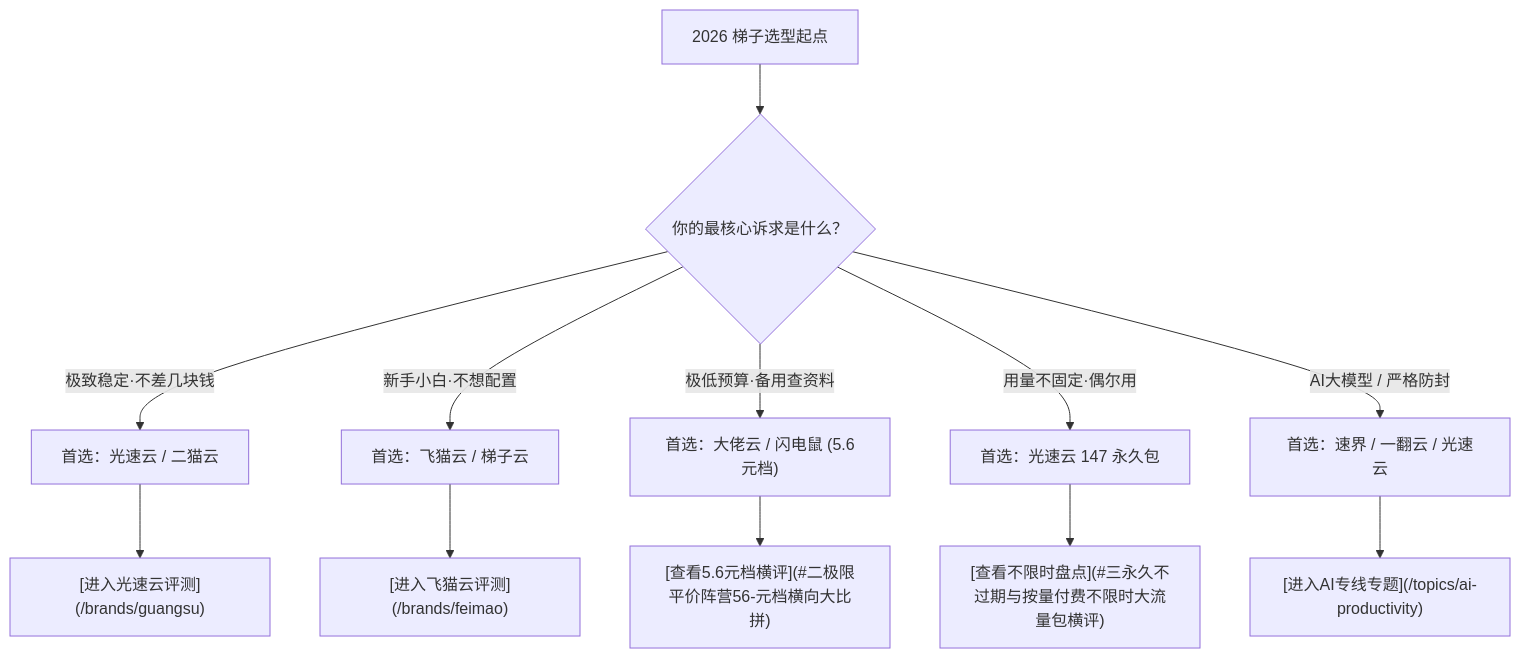
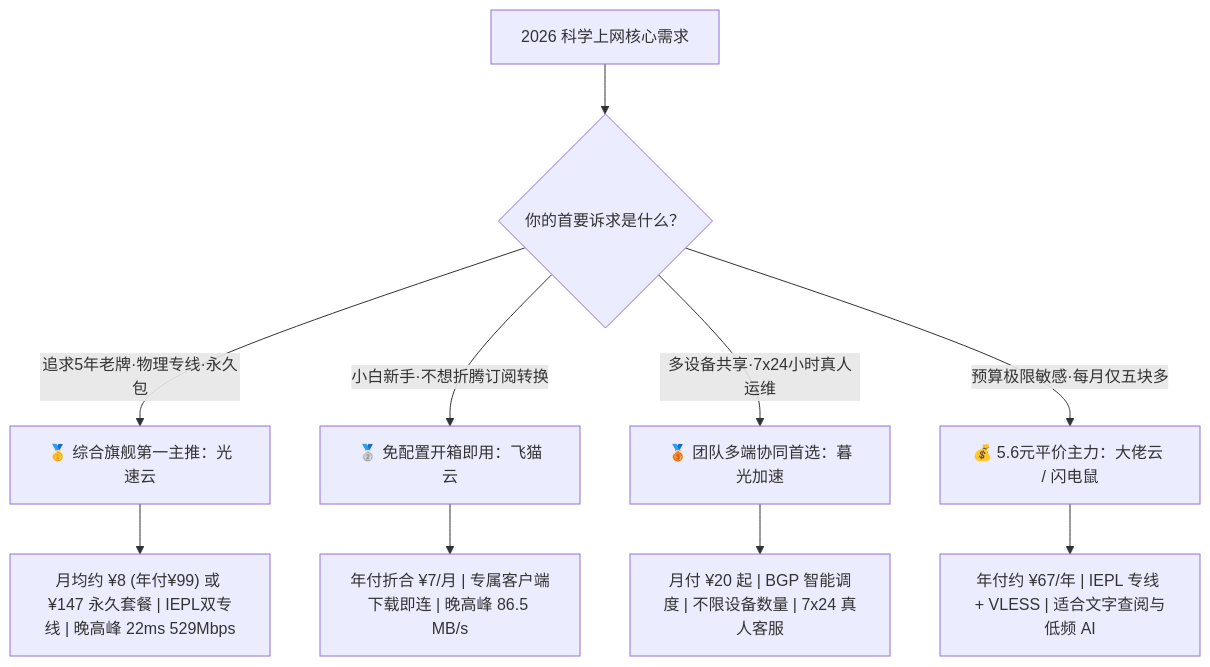
Before and after one commit to zlzlzl98698-dev/peiqianblog.world: the first of 3 diagrams in src/topics/ranking-guide.md, drawn with Mermaid. The commit also changed other lines of this file, not shown here.

````diff
--- a/src/topics/ranking-guide.md
+++ b/src/topics/ranking-guide.md
@@ -94,16 +41,14 @@
 ```mermaid
 flowchart TD
-    Start["2026 梯子选型起点"] --> Need{"你的最核心诉求是什么？"}
+    UserNeed["2026 科学上网核心需求"] --> PathA{"你的首要诉求是什么？"}
     
-    Need -->|极致稳定·不差几块钱| Choice1["首选：光速云 / 二猫云"]
-    Need -->|新手小白·不想配置| Choice2["首选：飞猫云 / 梯子云"]
-    Need -->|极低预算·备用查资料| Choice3["首选：大佬云 / 闪电鼠 (5.6元档)"]
-    Need -->|用量不固定·偶尔用| Choice4["首选：光速云 147 永久包"]
-    Need -->|AI大模型 / 严格防封| Choice5["首选：速界 / 一翻云 / 光速云"]
+    PathA -->|追求5年老牌·物理专线·永久包| Best1["🥇 综合旗舰第一主推：光速云"]
+    PathA -->|小白新手·不想折腾订阅转换| Best2["🥈 免配置开箱即用：飞猫云"]
+    PathA -->|多设备共享·7x24小时真人运维| Best3["🥉 团队多端协同首选：暮光加速"]
+    PathA -->|预算极限敏感·每月仅五块多| Best4["💰 5.6元平价主力：大佬云 / 闪电鼠"]
     
-    Choice1 --> Link1["[进入光速云评测](/brands/guangsu)"]
-    Choice2 --> Link2["[进入飞猫云评测](/brands/feimao)"]
-    Choice3 --> Link3["[查看5.6元档横评](#二极限平价阵营56-元档横向大比拼)"]
-    Choice4 --> Link4["[查看不限时盘点](#三永久不过期与按量付费不限时大流量包横评)"]
-    Choice5 --> Link5["[进入AI专线专题](/topics/ai-productivity)"]
+    Best1 --> C1["月均约 ¥8 (年付¥99) 或 ¥147 永久套餐 | IEPL双专线 | 晚高峰 22ms 529Mbps"]
+    Best2 --> C2["年付折合 ¥7/月 | 专属客户端下载即连 | 晚高峰 86.5 MB/s"]
+    Best3 --> C3["月付 ¥20 起 | BGP 智能调度 | 不限设备数量 | 7x24 真人客服"]
+    Best4 --> C4["年付约 ¥67/年 | IEPL 专线 + VLESS | 适合文字查阅与低频 AI"]
 ```
````
